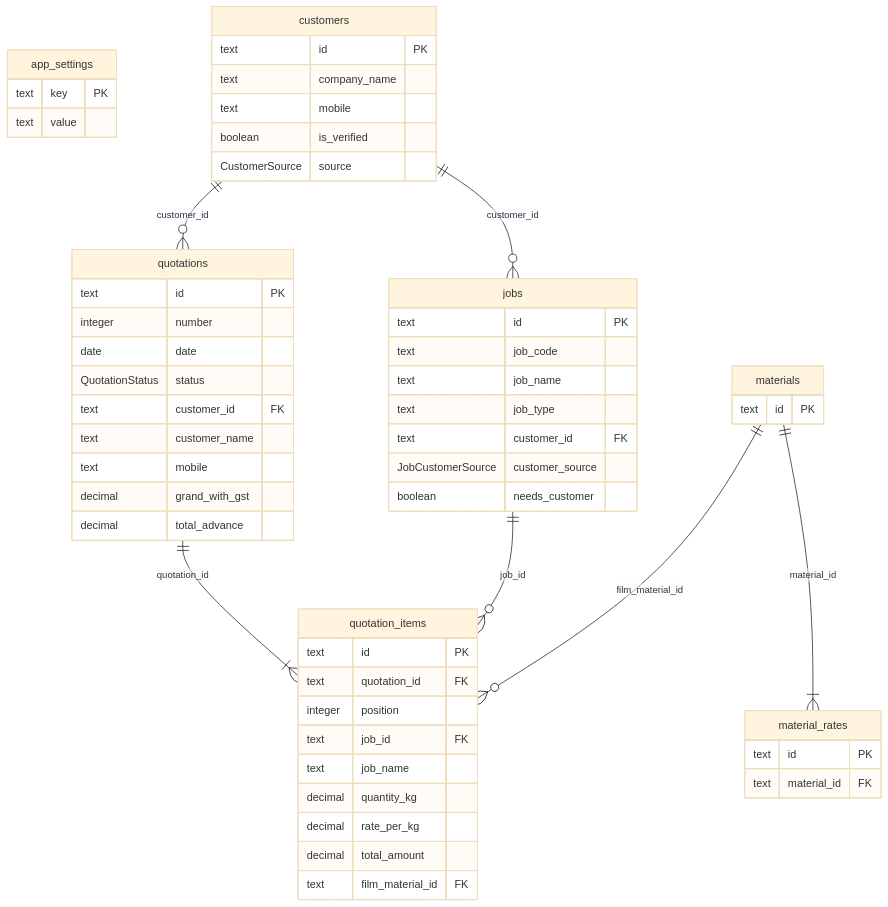
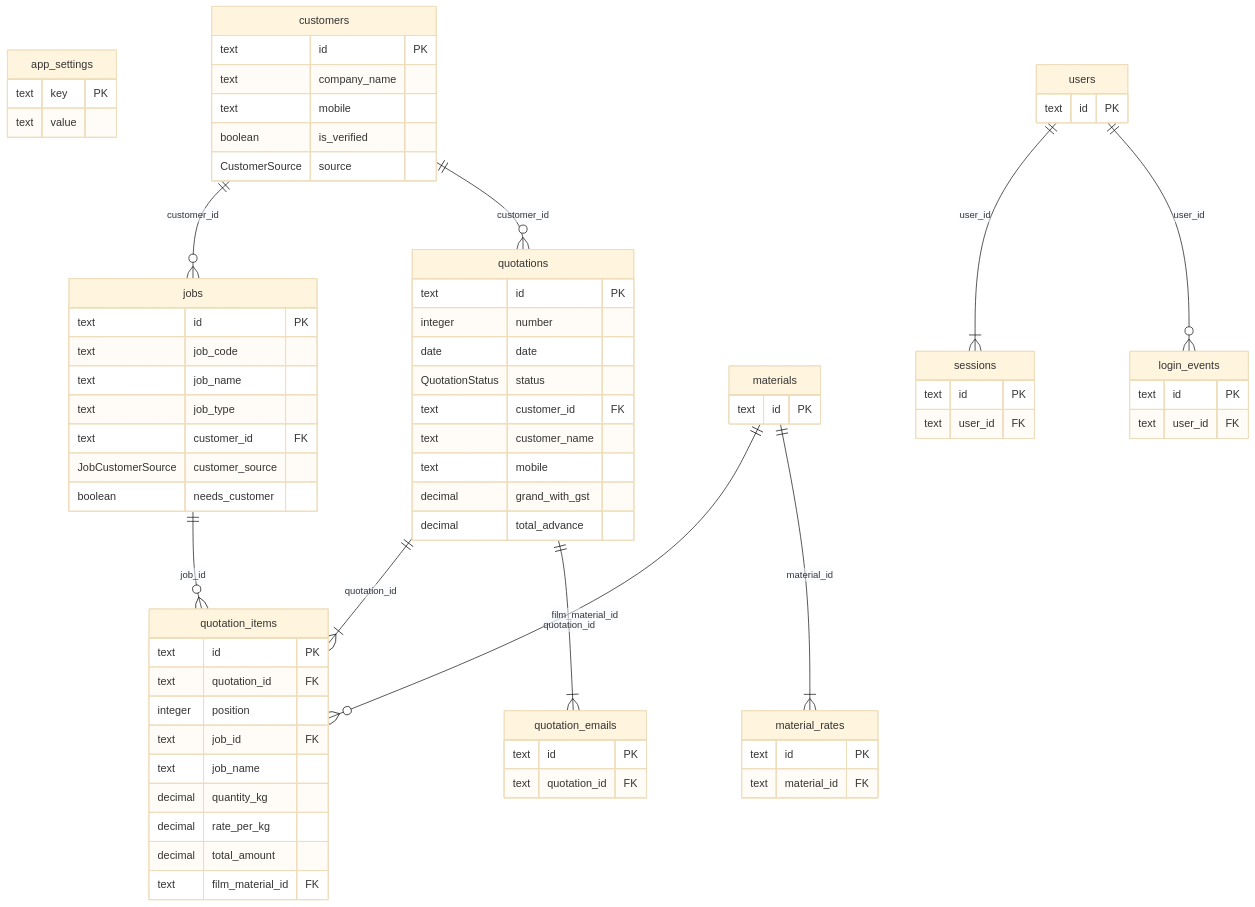
The diagram in docs/database-schema.md (AbhiSahane0/Yuva_polyprint), drawn with Mermaid (base theme) before and after one commit. The commit also changed other lines of this file and 11 other files, not shown here.

````diff
--- a/docs/database-schema.md
+++ b/docs/database-schema.md
@@ -16,58 +16,76 @@
 ```mermaid
 erDiagram
   app_settings {
     text key PK
     text value
   }
   customers {
     text id PK
     text company_name
     text mobile
     boolean is_verified
     CustomerSource source
   }
   jobs {
     text id PK
     text job_code
     text job_name
     text job_type
     text customer_id FK
     JobCustomerSource customer_source
     boolean needs_customer
   }
+  login_events {
+    text id PK
+    text user_id FK
+  }
   material_rates {
     text id PK
     text material_id FK
   }
   materials {
     text id PK
+  }
+  quotation_emails {
+    text id PK
+    text quotation_id FK
   }
   quotation_items {
     text id PK
     text quotation_id FK
     integer position
     text job_id FK
     text job_name
     decimal quantity_kg
     decimal rate_per_kg
     decimal total_amount
     text film_material_id FK
   }
   quotations {
     text id PK
     integer number
     date date
     QuotationStatus status
     text customer_id FK
     text customer_name
     text mobile
     decimal grand_with_gst
     decimal total_advance
   }
+  sessions {
+    text id PK
+    text user_id FK
+  }
+  users {
+    text id PK
+  }
   customers ||--o{ jobs : "customer_id"
   customers ||--o{ quotations : "customer_id"
   quotations ||--|{ quotation_items : "quotation_id"
   jobs ||--o{ quotation_items : "job_id"
   materials ||--o{ quotation_items : "film_material_id"
   materials ||--|{ material_rates : "material_id"
+  users ||--|{ sessions : "user_id"
+  quotations ||--|{ quotation_emails : "quotation_id"
+  users ||--o{ login_events : "user_id"
 ```
````
